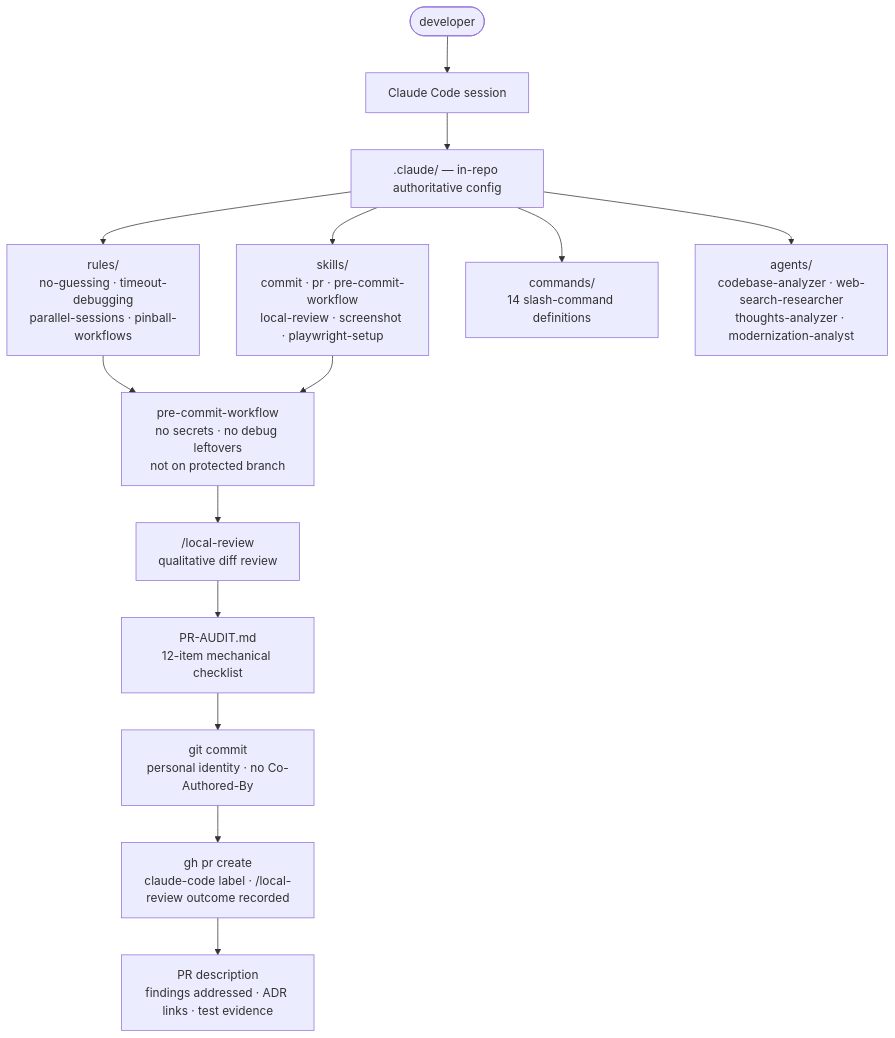
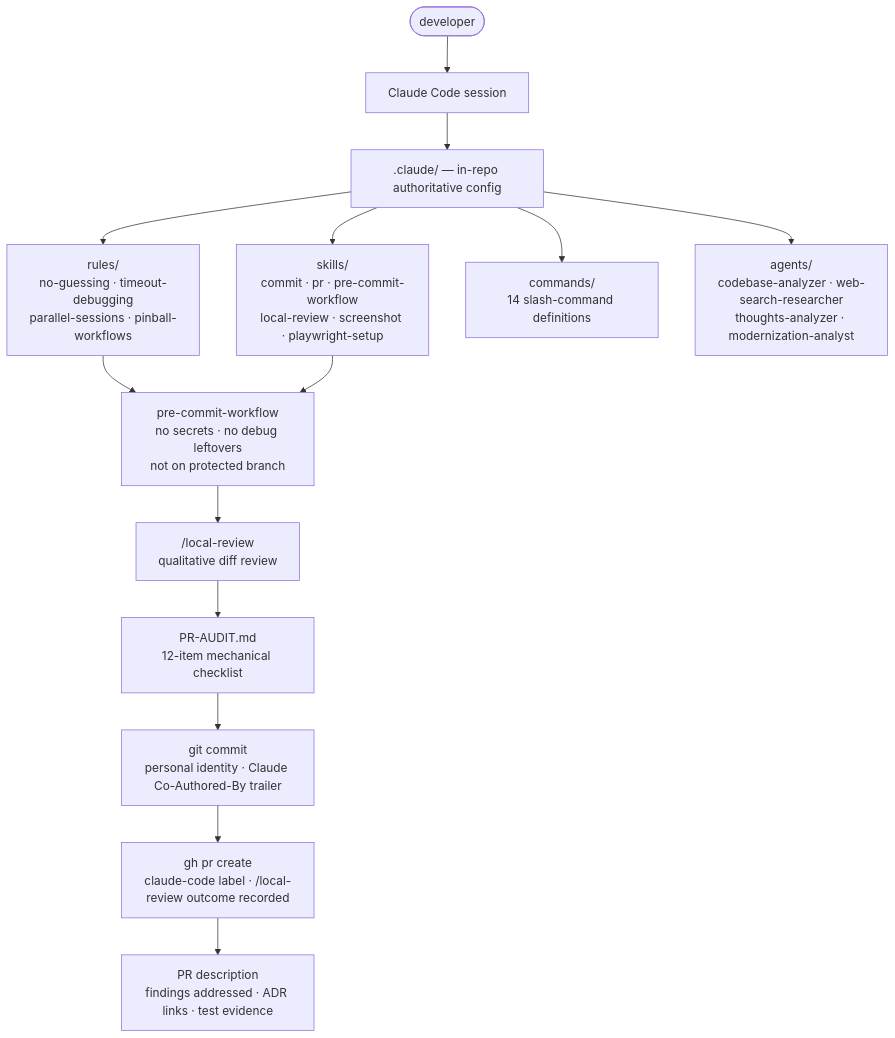
One commit to Early-Bird-Solutions-LLC/PinballWizard changed the diagram in docs/claude-code.md. Above: the diagram before and after it, drawn with Mermaid. The commit also changed 1 other file, not shown here.

Commit message:
docs(claude-code) align commit-attribution prose with the new policy (#969)
Commit 343663b reversed the repo's Claude-attribution policy: DLV-04 went
from conventional-commit-no-attribution to conventional-commit-with-attribution,
and pinball-workflows now requires the Co-Authored-By trailer. Two descriptive
docs still asserted the old rule.

- docs/claude-code.md: the commit node in the workflow diagram said
  'no Co-Authored-By'.
- docs/quality-bar.md: the Commits section said 'No co-author lines.'

````diff
--- a/docs/claude-code.md
+++ b/docs/claude-code.md
@@ -35,16 +35,16 @@
 ```mermaid
 flowchart TD
   dev([developer]) --> session[Claude Code session]
   session --> repo[.claude/ — in-repo authoritative config]
   repo --> rules["rules/<br/>no-guessing · timeout-debugging<br/>parallel-sessions · pinball-workflows"]
   repo --> skills["skills/<br/>commit · pr · pre-commit-workflow<br/>local-review · screenshot · playwright-setup"]
   repo --> commands["commands/<br/>14 slash-command definitions"]
   repo --> agents["agents/<br/>codebase-analyzer · web-search-researcher<br/>thoughts-analyzer · modernization-analyst"]
   rules --> gate["pre-commit-workflow<br/>no secrets · no debug leftovers<br/>not on protected branch"]
   skills --> gate
   gate --> review["/local-review<br/>qualitative diff review"]
   review --> audit["PR-AUDIT.md<br/>12-item mechanical checklist"]
-  audit --> commit["git commit<br/>personal identity · no Co-Authored-By"]
+  audit --> commit["git commit<br/>personal identity · Claude Co-Authored-By trailer"]
   commit --> push["gh pr create<br/>claude-code label · /local-review outcome recorded"]
   push --> pr["PR description<br/>findings addressed · ADR links · test evidence"]
 ```
````
